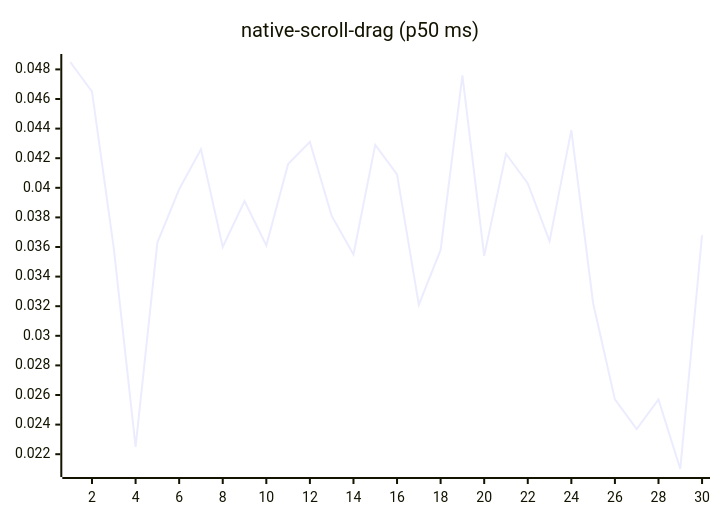
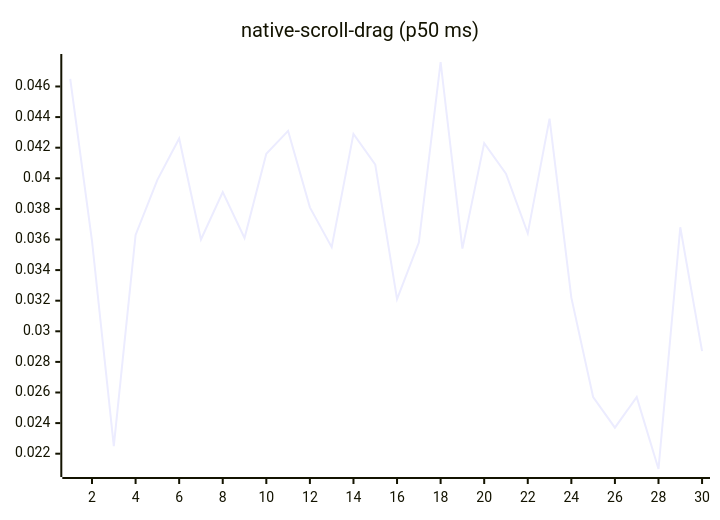
Before and after one commit to josha/Facet: diagram 14 of 27 in README.md, drawn with Mermaid. The commit also changed other lines of this file and 2 other files, not shown here.

````diff
--- a/README.md
+++ b/README.md
@@ -154,6 +154,6 @@
 ```mermaid
 xychart-beta
     title "native-scroll-drag (p50 ms)"
     x-axis 1 --> 30
-    line [0.0485, 0.0465, 0.0359, 0.0225, 0.0363, 0.0399, 0.0426, 0.0360, 0.0391, 0.0361, 0.0416, 0.0431, 0.0381, 0.0355, 0.0429, 0.0409, 0.0321, 0.0358, 0.0476, 0.0354, 0.0423, 0.0403, 0.0364, 0.0439, 0.0322, 0.0257, 0.0237, 0.0257, 0.0210, 0.0368]
+    line [0.0465, 0.0359, 0.0225, 0.0363, 0.0399, 0.0426, 0.0360, 0.0391, 0.0361, 0.0416, 0.0431, 0.0381, 0.0355, 0.0429, 0.0409, 0.0321, 0.0358, 0.0476, 0.0354, 0.0423, 0.0403, 0.0364, 0.0439, 0.0322, 0.0257, 0.0237, 0.0257, 0.0210, 0.0368, 0.0287]
 ```
````
